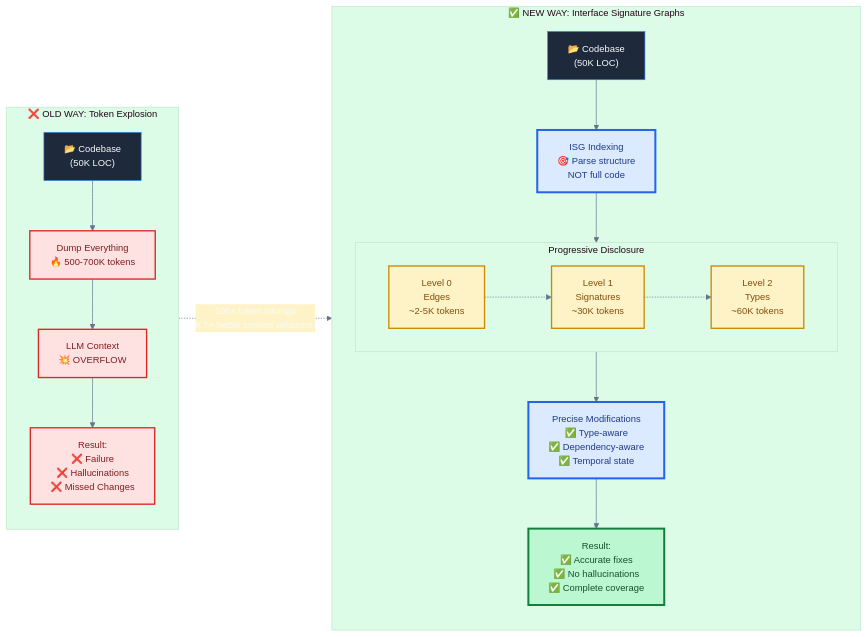
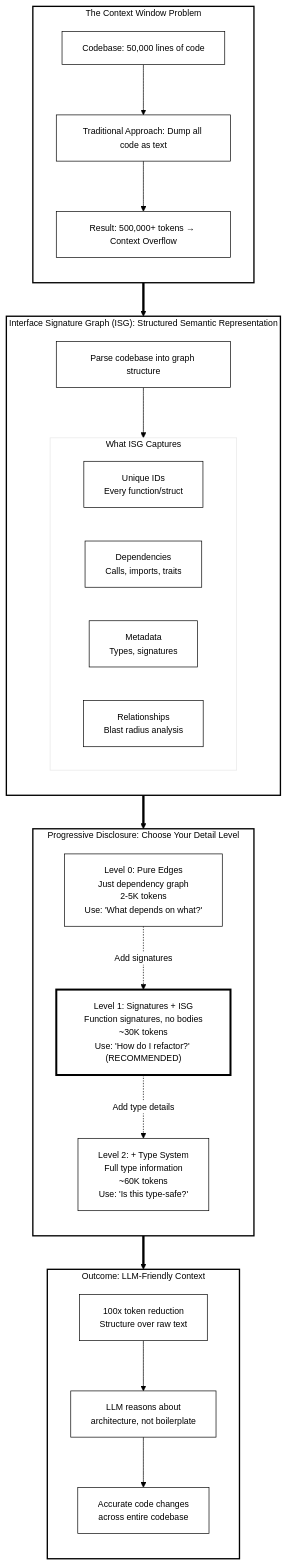
The diagram in README.md (that-in-rust/parseltongue), drawn with Mermaid before and after one commit. The commit also changed other lines of this file, not shown here.

Commit message:
docs: Redesign README diagram to explain Interface Signature Graph concept
Major improvements:
1. Cleaner visual design: Black/white only, no background colors/shading
2. Educational flow: Problem → ISG → Progressive Disclosure → Outcome
3. Explains what ISG captures: IDs, dependencies, metadata, blast radius
4. Added dedicated 'What is an ISG?' section explaining the core innovation
5. Shows progressive disclosure levels with clear use cases

The diagram now teaches the foundational concept (ISG as structured semantic
representation) rather than just comparing old vs new approaches.

Key insight emphasized: ISG compresses 500K+ tokens → 2-60K tokens by
transforming unstructured code into queryable graph at multiple abstraction levels.

Inspired by Parseltongue vision document emphasizing ISG as the foundational
innovation enabling reasoning across large-scale codebases.

🤖 Generated with [Claude Code](https://claude.com/claude-code)

````diff
--- a/README.md
+++ b/README.md
@@ -3,69 +3,77 @@
 ```mermaid
 ---
 config:
   theme: base
   themeVariables:
-    primaryColor: "#1e293b"
-    primaryTextColor: "#f8fafc"
-    primaryBorderColor: "#3b82f6"
-    lineColor: "#64748b"
-    secondaryColor: "#fef3c7"
-    tertiaryColor: "#dcfce7"
-    quaternaryColor: "#fee2e2"
+    primaryColor: "#ffffff"
+    primaryTextColor: "#000000"
+    primaryBorderColor: "#000000"
+    lineColor: "#000000"
+    secondaryColor: "#ffffff"
     background: "#ffffff"
-    fontSize: "14px"
+    fontSize: "13px"
 ---
-flowchart LR
-    %% OLD WAY - Token Explosion
-    subgraph OLD["❌ OLD WAY: Token Explosion"]
+flowchart TB
+    %% The Problem
+    subgraph PROBLEM["The Context Window Problem"]
         direction TB
-        OldCode["📂 Codebase<br/>(50K LOC)"]
-        OldDump["Dump Everything<br/>🔥 500-700K tokens"]
-        OldLLM["LLM Context<br/>💥 OVERFLOW"]
-        OldFail["Result:<br/>❌ Failure<br/>❌ Hallucinations<br/>❌ Missed Changes"]
+        CODE["Codebase: 50,000 lines of code"]
+        DUMP["Traditional Approach: Dump all code as text"]
+        TOKENS["Result: 500,000+ tokens → Context Overflow"]
 
-        OldCode --> OldDump
-        OldDump --> OldLLM
-        OldLLM --> OldFail
+        CODE --> DUMP
+        DUMP --> TOKENS
     end
 
-    %% NEW WAY - ISG Progressive Disclosure
-    subgraph NEW["✅ NEW WAY: Interface Signature Graphs"]
+    %% The Solution: ISG
+    subgraph ISG["Interface Signature Graph (ISG): Structured Semantic Representation"]
         direction TB
-        NewCode["📂 Codebase<br/>(50K LOC)"]
-        NewISG["ISG Indexing<br/>🎯 Parse structure<br/>NOT full code"]
 
-        subgraph PROGRESSIVE["Progressive Disclosure"]
+        PARSE["Parse codebase into graph structure"]
+
+        subgraph CAPTURES["What ISG Captures"]
             direction LR
-            L0["Level 0<br/>Edges<br/>~2-5K tokens"]
-            L1["Level 1<br/>Signatures<br/>~30K tokens"]
-            L2["Level 2<br/>Types<br/>~60K tokens"]
-
-            L0 -.-> L1
-            L1 -.-> L2
+            C1["Unique IDs<br/>Every function/struct"]
+            C2["Dependencies<br/>Calls, imports, traits"]
+            C3["Metadata<br/>Types, signatures"]
+            C4["Relationships<br/>Blast radius analysis"]
         end
 
-        NewPrecise["Precise Modifications<br/>✅ Type-aware<br/>✅ Dependency-aware<br/>✅ Temporal state"]
-        NewSuccess["Result:<br/>✅ Accurate fixes<br/>✅ No hallucinations<br/>✅ Complete coverage"]
-
-        NewCode --> NewISG
-        NewISG --> PROGRESSIVE
-        PROGRESSIVE --> NewPrecise
-        NewPrecise --> NewSuccess
+        PARSE --> CAPTURES
     end
 
-    %% Comparison arrow
-    OLD -.->|"100× token savings<br/>6.7× better context utilization"| NEW
+    %% Progressive Disclosure
+    subgraph DISCLOSURE["Progressive Disclosure: Choose Your Detail Level"]
+        direction TB
 
-    %% Styling
-    classDef oldStyle fill:#fee2e2,stroke:#dc2626,stroke-width:2px,color:#7f1d1d
-    classDef newStyle fill:#dcfce7,stroke:#16a34a,stroke-width:2px,color:#14532d
-    classDef isgStyle fill:#dbeafe,stroke:#2563eb,stroke-width:3px,color:#1e3a8a
-    classDef levelStyle fill:#fef3c7,stroke:#ca8a04,stroke-width:2px,color:#854d0e
-    classDef successStyle fill:#bbf7d0,stroke:#15803d,stroke-width:3px,color:#14532d
+        L0["Level 0: Pure Edges<br/>Just dependency graph<br/>2-5K tokens<br/>Use: 'What depends on what?'"]
+        L1["Level 1: Signatures + ISG<br/>Function signatures, no bodies<br/>~30K tokens<br/>Use: 'How do I refactor?' (RECOMMENDED)"]
+        L2["Level 2: + Type System<br/>Full type information<br/>~60K tokens<br/>Use: 'Is this type-safe?'"]
 
-    class OldDump,OldLLM,OldFail oldStyle
-    class NewISG,NewPrecise isgStyle
-    class L0,L1,L2 levelStyle
-    class NewSuccess successStyle
+        L0 -.->|Add signatures| L1
+        L1 -.->|Add type details| L2
+    end
+
+    %% The Outcome
+    subgraph OUTCOME["Outcome: LLM-Friendly Context"]
+        direction TB
+        COMPRESSED["100x token reduction<br/>Structure over raw text"]
+        REASONING["LLM reasons about<br/>architecture, not boilerplate"]
+        RESULT["Accurate code changes<br/>across entire codebase"]
+
+        COMPRESSED --> REASONING
+        REASONING --> RESULT
+    end
+
+    %% Flow
+    PROBLEM ==> ISG
+    ISG ==> DISCLOSURE
+    DISCLOSURE ==> OUTCOME
+
+    %% Simple styling - no colors, just borders
+    classDef defaultStyle fill:#ffffff,stroke:#000000,stroke-width:2px,color:#000000
+    classDef emphasisStyle fill:#ffffff,stroke:#000000,stroke-width:3px,color:#000000
+
+    class PROBLEM,ISG,DISCLOSURE,OUTCOME defaultStyle
+    class L1 emphasisStyle
 ```
````
